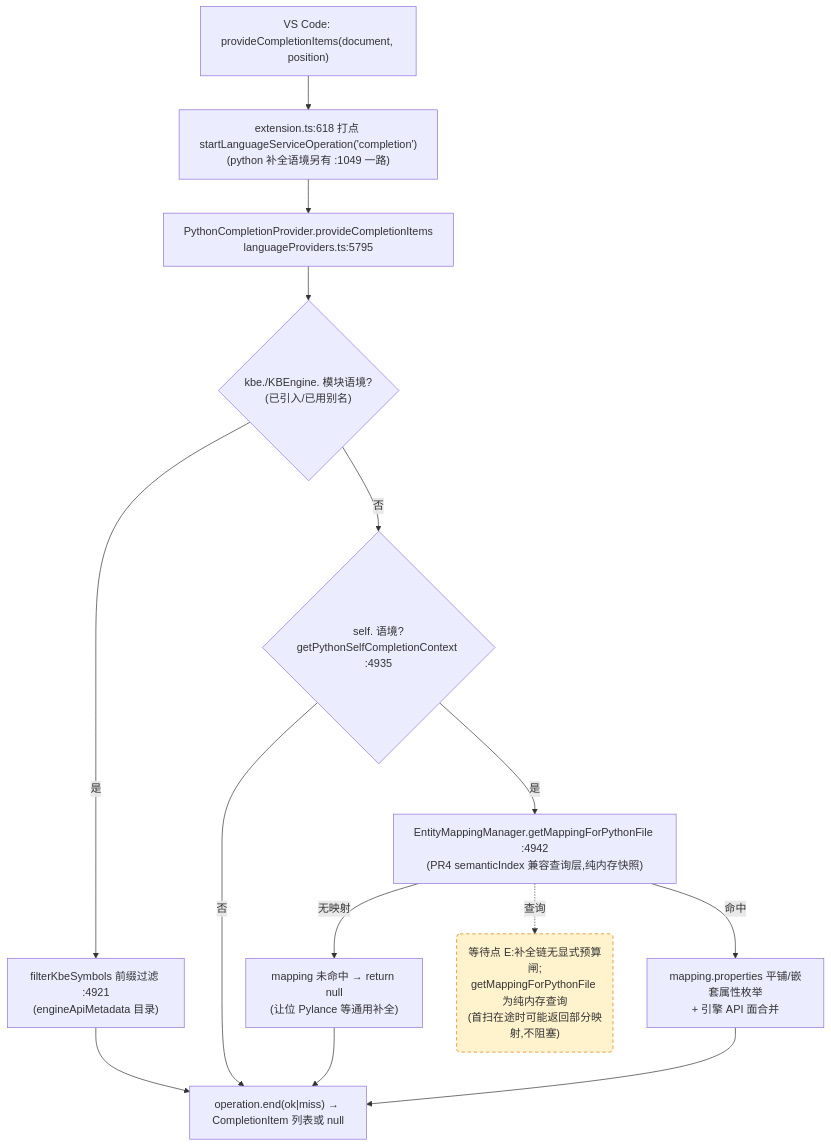
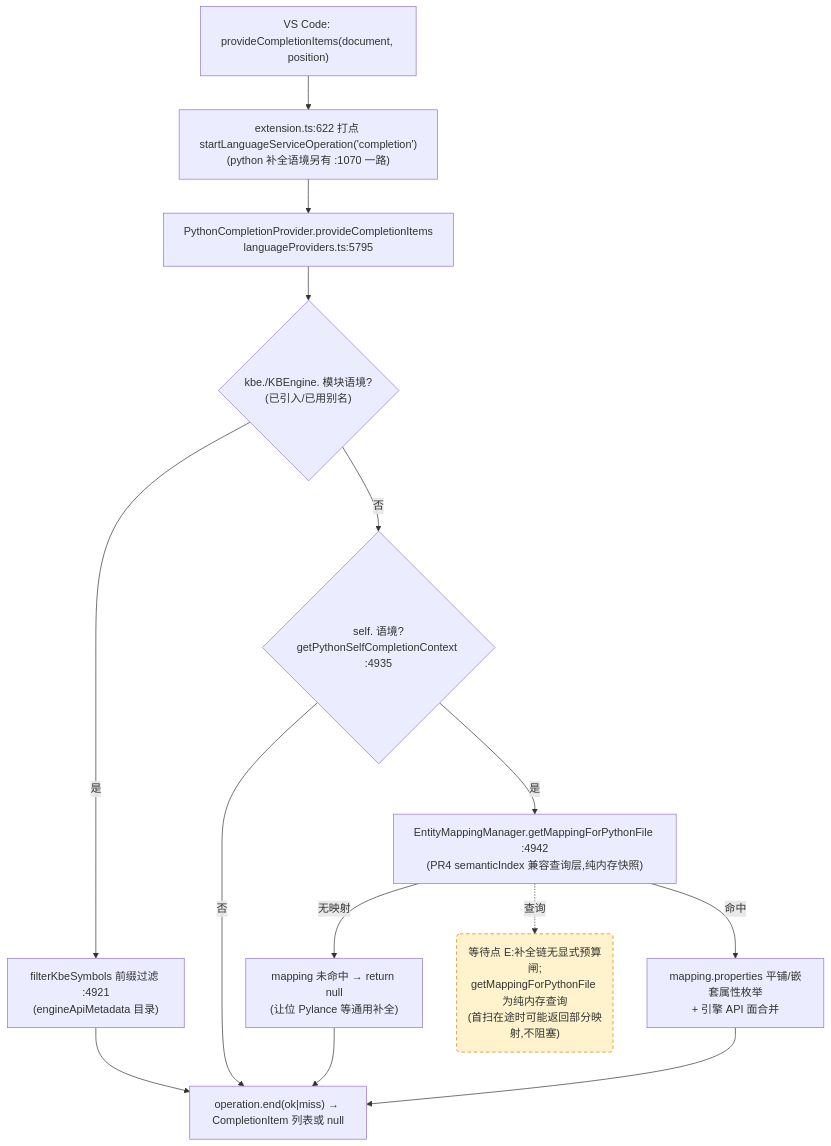
The third of 4 diagrams in docs/perf/2026-baseline.md (cuihairu/kode), drawn with Mermaid before and after one commit. The commit also changed other lines of this file and 17 other files, not shown here.

````diff
--- a/docs/perf/2026-baseline.md
+++ b/docs/perf/2026-baseline.md
@@ -184,27 +184,27 @@
 ```mermaid
 flowchart TD
   VC3["VS Code: provideCompletionItems(document, position)"]
-  M3["extension.ts:618 打点 startLanguageServiceOperation('completion')<br/>(python 补全语境另有 :1049 一路)"]
+  M3["extension.ts:622 打点 startLanguageServiceOperation('completion')<br/>(python 补全语境另有 :1070 一路)"]
   CP["PythonCompletionProvider.provideCompletionItems<br/>languageProviders.ts:5795"]
   KBEC{"kbe./KBEngine. 模块语境?<br/>(已引入/已用别名)"}
   FILTER["filterKbeSymbols 前缀过滤 :4921<br/>(engineApiMetadata 目录)"]
   SELFC{"self. 语境?<br/>getPythonSelfCompletionContext :4935"}
   MAP["EntityMappingManager.getMappingForPythonFile :4942<br/>(PR4 semanticIndex 兼容查询层,纯内存快照)"]
   NOMAP["mapping 未命中 → return null<br/>(让位 Pylance 等通用补全)"]
   PROPS["mapping.properties 平铺/嵌套属性枚举<br/>+ 引擎 API 面合并"]
   END3["operation.end(ok|miss) → CompletionItem 列表或 null"]
 
   VC3 --> M3 --> CP --> KBEC
   KBEC -- "是" --> FILTER --> END3
   KBEC -- "否" --> SELFC
   SELFC -- "否" --> END3
   SELFC -- "是" --> MAP
   MAP -- "无映射" --> NOMAP --> END3
   MAP -- "命中" --> PROPS --> END3
 
   WAITE("等待点 E:补全链无显式预算闸;<br/>getMappingForPythonFile 为纯内存查询<br/>(首扫在途时可能返回部分映射,不阻塞)")
   MAP -.->|查询| WAITE
 
   classDef waitPoint fill:#fff3cd,stroke:#d97706,stroke-dasharray:5 4;
   class WAITE waitPoint;
 ```
````
